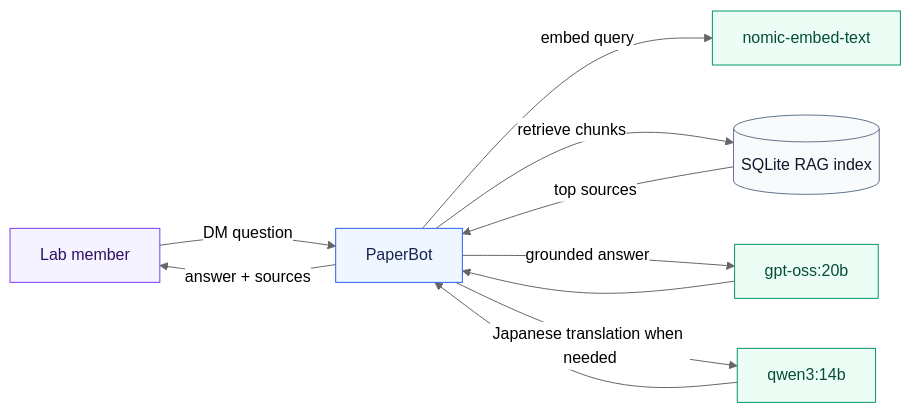
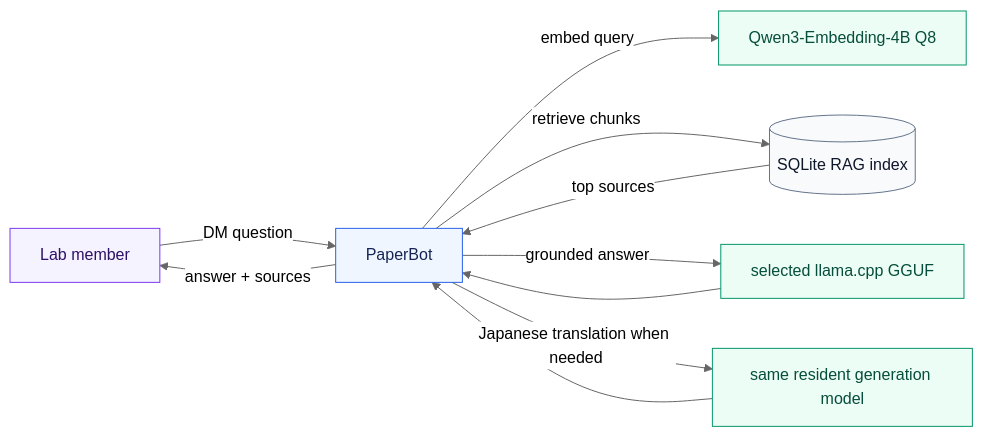
One commit to woolen-yarn/kohdalab-paperbot changed the fourth of 4 diagrams in docs/ARCHITECTURE.md. Above: the diagram before and after it, drawn with Mermaid (neutral theme). The commit also changed other lines of this file and 25 other files, not shown here.

Commit message:
Migrate PaperBot from Ollama to llama.cpp

````diff
--- a/docs/ARCHITECTURE.md
+++ b/docs/ARCHITECTURE.md
@@ -120,21 +118,21 @@
 ```mermaid
 flowchart LR
   user["Lab member"] -->|"DM question"| bot["PaperBot"]
-  bot -->|"embed query"| embed["nomic-embed-text"]
+  bot -->|"embed query"| embed["Qwen3-Embedding-4B Q8"]
   bot -->|"retrieve chunks"| db[("SQLite RAG index")]
   db -->|"top sources"| bot
-  bot -->|"grounded answer"| llm["gpt-oss:20b"]
+  bot -->|"grounded answer"| llm["selected llama.cpp GGUF"]
   llm --> bot
-  bot -->|"Japanese translation when needed"| qwen["qwen3:14b"]
-  qwen --> bot
+  bot -->|"Japanese translation when needed"| translation["same resident generation model"]
+  translation --> bot
   bot -->|"answer + sources"| user
 
   classDef userCls fill:#f5f3ff,stroke:#7c3aed,color:#2e1065
   classDef botCls fill:#eff6ff,stroke:#2563eb,color:#172554
   classDef aiCls fill:#ecfdf5,stroke:#059669,color:#064e3b
   classDef dataCls fill:#f8fafc,stroke:#64748b,color:#0f172a
   class user userCls
   class bot botCls
-  class embed,llm,qwen aiCls
+  class embed,llm,translation aiCls
   class db dataCls
 ```
````
